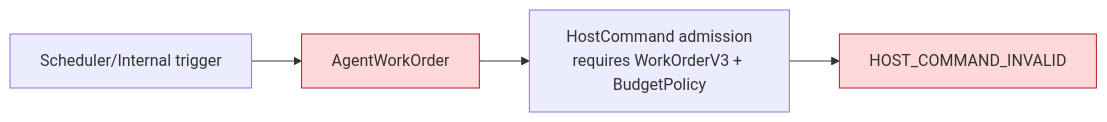
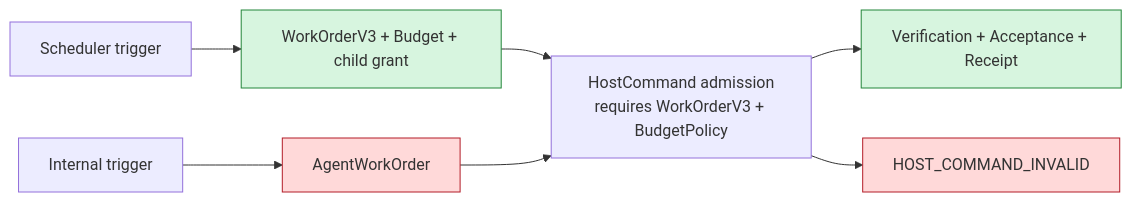
One commit to SakuraYoruno/Natsume_Ai changed the third of 4 diagrams in docs/50_project/arch/diagrams/04_executive_layers.md. Above: the diagram before and after it, drawn with Mermaid. The commit also changed other lines of this file and 63 other files, not shown here.

````diff
--- a/docs/50_project/arch/diagrams/04_executive_layers.md
+++ b/docs/50_project/arch/diagrams/04_executive_layers.md
@@ -73,12 +72,18 @@
 ```mermaid
 flowchart LR
-    SCH["Scheduler/Internal trigger"]
+    SCH["Scheduler trigger"]
+    NEW["WorkOrderV3 + Budget + child grant"]
+    OK["Verification + Acceptance + Receipt"]
+    INT["Internal trigger"]
     OLD["AgentWorkOrder"]
     ADMIT["HostCommand admission\nrequires WorkOrderV3 + BudgetPolicy"]
     FAIL["HOST_COMMAND_INVALID"]
 
-    SCH --> OLD --> ADMIT --> FAIL
+    SCH --> NEW --> ADMIT --> OK
+    INT --> OLD --> ADMIT --> FAIL
 
+    style NEW fill:#d7f5df,stroke:#22863a
+    style OK fill:#d7f5df,stroke:#22863a
     style OLD fill:#ffd9d9,stroke:#b31d28
     style FAIL fill:#ffd9d9,stroke:#b31d28
 ```
````
